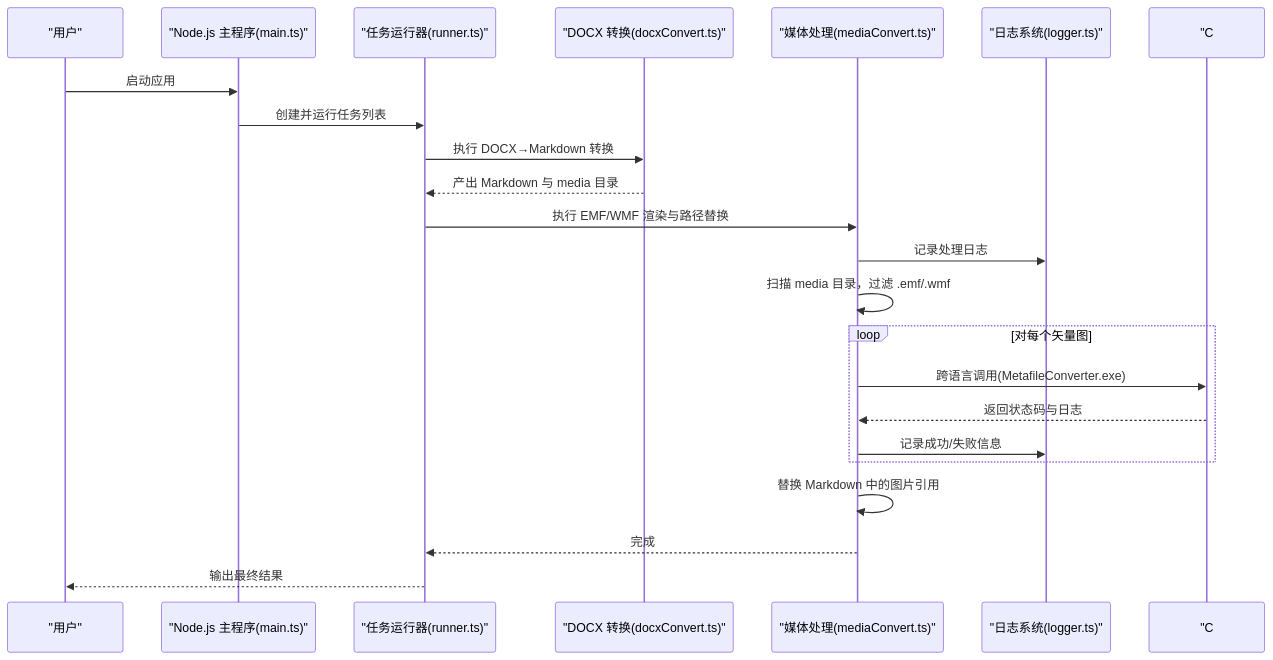
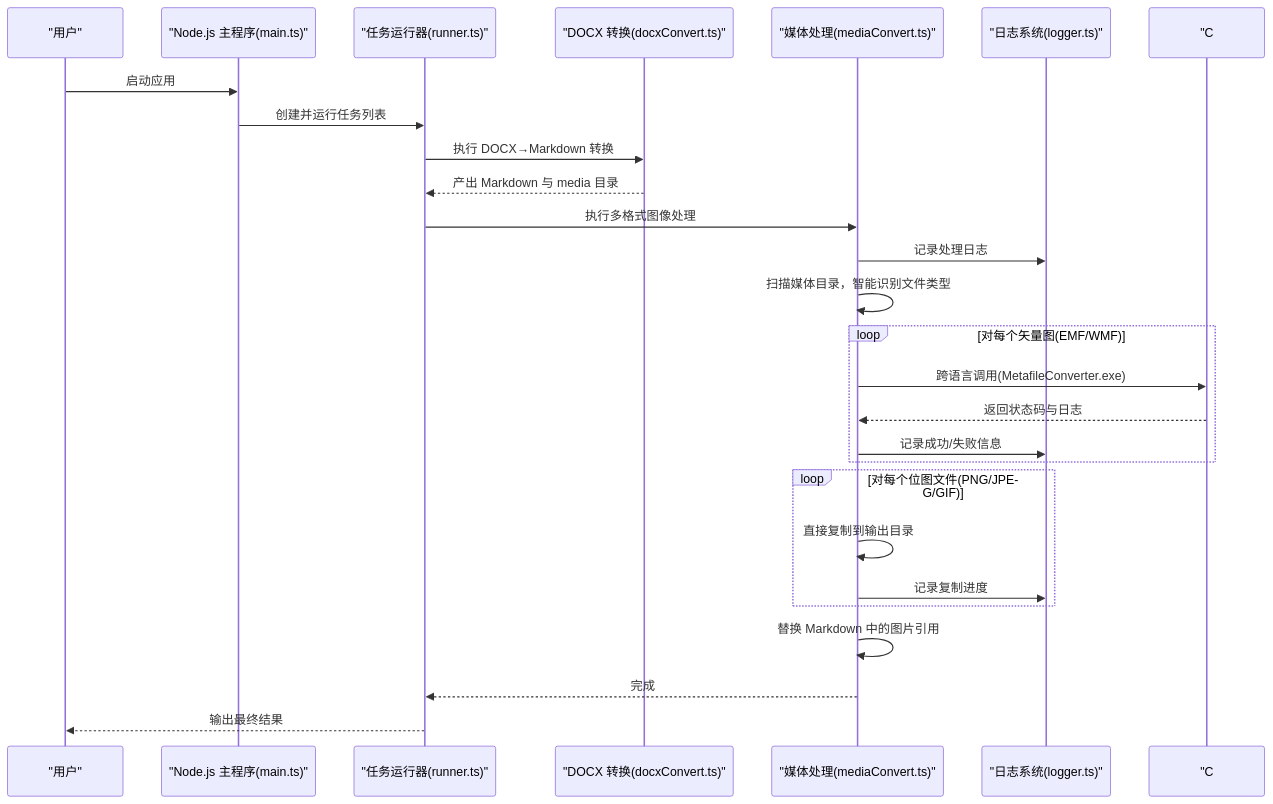
One commit to hllshiro/doc2md-cli changed the second of 7 diagrams in .qoder/repowiki/zh/content/矢量媒体处理.md. Above: the diagram before and after it, drawn with Mermaid. The commit also changed other lines of this file and 4 other files, not shown here.

First line of the commit message:
feat(media): 扩展多格式图像支持，增强文件处理能力

````diff
--- a/.qoder/repowiki/zh/content/矢量媒体处理.md
+++ b/.qoder/repowiki/zh/content/矢量媒体处理.md
@@ -138,25 +148,29 @@
 ```mermaid
 sequenceDiagram
 participant U as "用户"
 participant N as "Node.js 主程序(main.ts)"
 participant R as "任务运行器(runner.ts)"
 participant D as "DOCX 转换(docxConvert.ts)"
 participant M as "媒体处理(mediaConvert.ts)"
 participant L as "日志系统(logger.ts)"
 participant C as "C# 渲染器(Program.cs)"
 U->>N : 启动应用
 N->>R : 创建并运行任务列表
 R->>D : 执行 DOCX→Markdown 转换
 D-->>R : 产出 Markdown 与 media 目录
-R->>M : 执行 EMF/WMF 渲染与路径替换
+R->>M : 执行多格式图像处理
 M->>L : 记录处理日志
-M->>M : 扫描 media 目录，过滤 .emf/.wmf
-loop 对每个矢量图
+M->>M : 扫描媒体目录，智能识别文件类型
+loop 对每个矢量图(EMF/WMF)
 M->>C : 跨语言调用(MetafileConverter.exe)
 C-->>M : 返回状态码与日志
 M->>L : 记录成功/失败信息
+end
+loop 对每个位图文件(PNG/JPEG/GIF)
+M->>M : 直接复制到输出目录
+M->>L : 记录复制进度
 end
 M->>M : 替换 Markdown 中的图片引用
 M-->>R : 完成
 R-->>U : 输出最终结果
 ```
````
